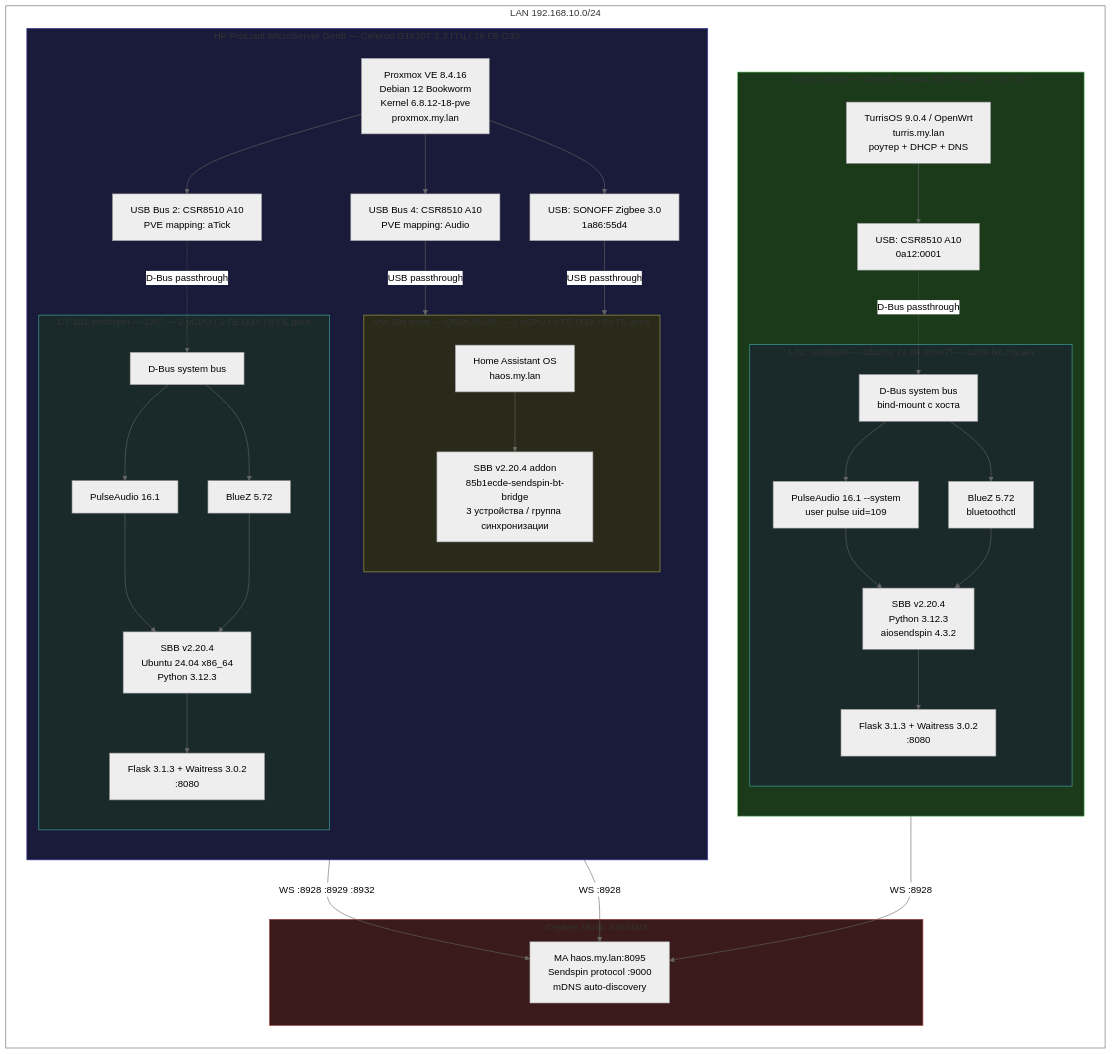
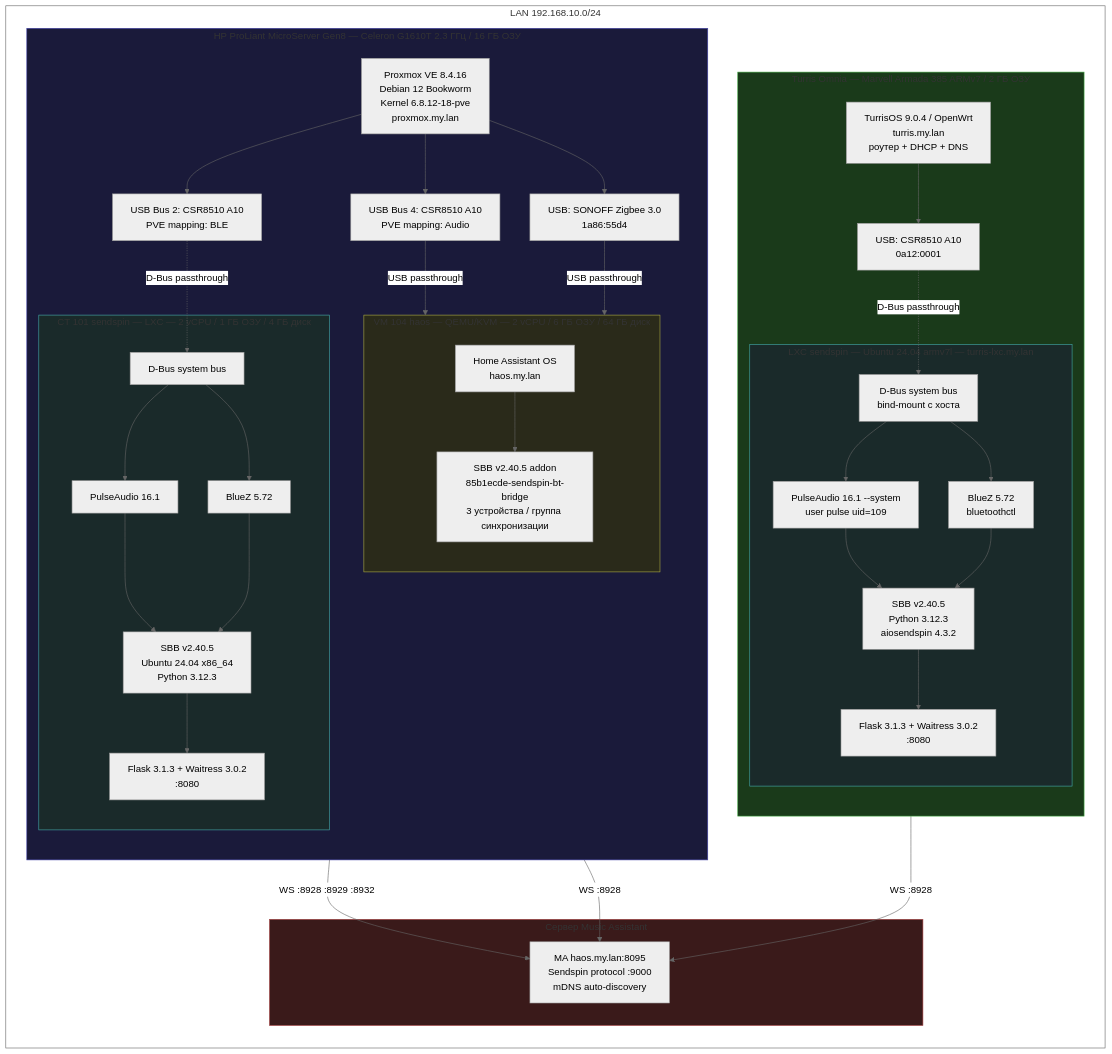
Before and after one commit to trudenboy/sendspin-bt-bridge: the first of 3 diagrams in docs-site/src/content/docs/ru/test-stand.md, drawn with Mermaid (neutral theme). The commit also changed other lines of this file and 49 other files, not shown here.

````diff
--- a/docs-site/src/content/docs/ru/test-stand.md
+++ b/docs-site/src/content/docs/ru/test-stand.md
@@ -10,76 +12,76 @@
 ```mermaid
 graph TB
     subgraph net["LAN 192.168.10.0/24"]
         direction TB
 
         subgraph turris["Turris Omnia — Marvell Armada 385 ARMv7 / 2 ГБ ОЗУ"]
             direction TB
             T_HOST["TurrisOS 9.0.4 / OpenWrt<br/>turris.my.lan<br/>роутер + DHCP + DNS"]
             T_USB["USB: CSR8510 A10<br/>0a12:0001"]
             subgraph T_LXC["LXC sendspin — Ubuntu 24.04 armv7l — turris-lxc.my.lan"]
                 T_DBUS["D-Bus system bus<br/>bind-mount с хоста"]
                 T_PA["PulseAudio 16.1 --system<br/>user pulse uid=109"]
                 T_BLUEZ["BlueZ 5.72<br/>bluetoothctl"]
-                T_SBB["SBB v2.20.4<br/>Python 3.12.3<br/>aiosendspin 4.3.2"]
+                T_SBB["SBB v2.40.5<br/>Python 3.12.3<br/>aiosendspin 4.3.2"]
                 T_WEB["Flask 3.1.3 + Waitress 3.0.2<br/>:8080"]
                 T_DBUS --> T_BLUEZ
                 T_DBUS --> T_PA
                 T_PA --> T_SBB
                 T_BLUEZ --> T_SBB
                 T_SBB --> T_WEB
             end
             T_HOST --> T_USB
             T_USB -.->|D-Bus passthrough| T_DBUS
         end
 
         subgraph proxmox["HP ProLiant MicroServer Gen8 — Celeron G1610T 2.3 ГГц / 16 ГБ ОЗУ"]
             direction TB
             P_HOST["Proxmox VE 8.4.16<br/>Debian 12 Bookworm<br/>Kernel 6.8.12-18-pve<br/>proxmox.my.lan"]
             P_USB1["USB Bus 4: CSR8510 A10<br/>PVE mapping: Audio"]
-            P_USB2["USB Bus 2: CSR8510 A10<br/>PVE mapping: aTick"]
+            P_USB2["USB Bus 2: CSR8510 A10<br/>PVE mapping: BLE"]
             P_ZIG["USB: SONOFF Zigbee 3.0<br/>1a86:55d4"]
 
             subgraph P_VM["VM 104 haos — QEMU/KVM — 2 vCPU / 6 ГБ ОЗУ / 64 ГБ диск"]
                 P_HAOS["Home Assistant OS<br/>haos.my.lan"]
-                P_ADDON["SBB v2.20.4 addon<br/>85b1ecde-sendspin-bt-bridge<br/>3 устройства / группа синхронизации"]
+                P_ADDON["SBB v2.40.5 addon<br/>85b1ecde-sendspin-bt-bridge<br/>3 устройства / группа синхронизации"]
                 P_HAOS --> P_ADDON
             end
 
-            subgraph P_CT["CT 101 sendspin — LXC — 2 vCPU / 1 ГБ ОЗУ / 8 ГБ диск"]
+            subgraph P_CT["CT 101 sendspin — LXC — 2 vCPU / 1 ГБ ОЗУ / 4 ГБ диск"]
                 P_DBUS["D-Bus system bus"]
                 P_PA["PulseAudio 16.1"]
                 P_BLUEZ2["BlueZ 5.72"]
-                P_SBB["SBB v2.20.4<br/>Ubuntu 24.04 x86_64<br/>Python 3.12.3"]
+                P_SBB["SBB v2.40.5<br/>Ubuntu 24.04 x86_64<br/>Python 3.12.3"]
                 P_WEB2["Flask 3.1.3 + Waitress 3.0.2<br/>:8080"]
                 P_DBUS --> P_BLUEZ2
                 P_DBUS --> P_PA
                 P_PA --> P_SBB
                 P_BLUEZ2 --> P_SBB
                 P_SBB --> P_WEB2
             end
 
             P_HOST --> P_USB1
             P_HOST --> P_USB2
             P_HOST --> P_ZIG
             P_USB1 -->|USB passthrough| P_VM
             P_USB2 -.->|D-Bus passthrough| P_DBUS
             P_ZIG -->|USB passthrough| P_VM
         end
 
         subgraph ma_box["Сервер Music Assistant"]
             MA["MA haos.my.lan:8095<br/>Sendspin protocol :9000<br/>mDNS auto-discovery"]
         end
     end
 
     P_ADDON -->|"WS :8928 :8929 :8932"| MA
     P_SBB -->|"WS :8928"| MA
     T_SBB -->|"WS :8928"| MA
 
     style net fill:none,stroke:#666
     style turris fill:#1a3a1a,stroke:#4a4
     style proxmox fill:#1a1a3a,stroke:#44a
     style ma_box fill:#3a1a1a,stroke:#a44
     style P_VM fill:#2a2a1a,stroke:#aa4
     style P_CT fill:#1a2a2a,stroke:#4aa
     style T_LXC fill:#1a2a2a,stroke:#4aa
 ```
````
